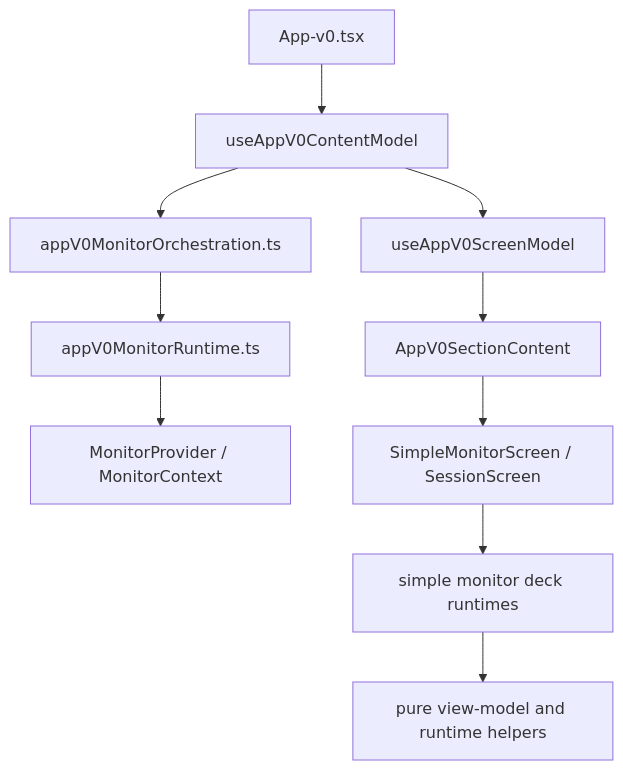
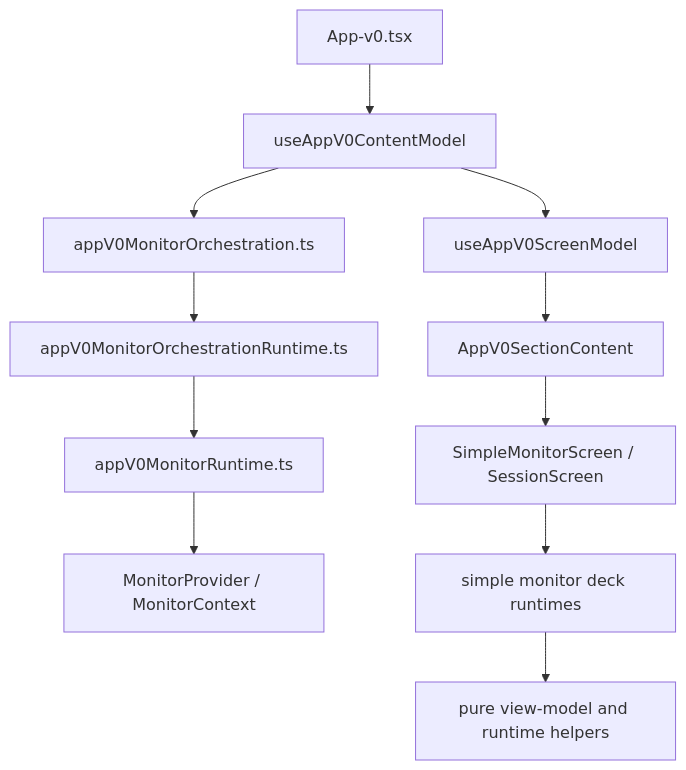
One commit to fabianaguero/maia changed the second of 12 diagrams in docs/frontend-architecture.md. Above: the diagram before and after it, drawn with Mermaid. The commit also changed other lines of this file and 33 other files, not shown here.

Commit message:
refactor(desktop): split monitor setup and launch runtimes

````diff
--- a/docs/frontend-architecture.md
+++ b/docs/frontend-architecture.md
@@ -129,23 +131,25 @@
 ```mermaid
 flowchart TD
   Shell[App-v0.tsx]
   ContentModel[useAppV0ContentModel]
   ScreenModel[useAppV0ScreenModel]
   SectionContent[AppV0SectionContent]
   MonitorOrchestrator[appV0MonitorOrchestration.ts]
+  MonitorOrchestratorRuntime[appV0MonitorOrchestrationRuntime.ts]
   MonitorLaunchRuntime[appV0MonitorRuntime.ts]
   MonitorProvider[MonitorProvider / MonitorContext]
   MonitorScreens[SimpleMonitorScreen / SessionScreen]
   DeckRuntimes[simple monitor deck runtimes]
   ViewModels[pure view-model and runtime helpers]
 
   Shell --> ContentModel
   ContentModel --> ScreenModel
   ScreenModel --> SectionContent
   ContentModel --> MonitorOrchestrator
-  MonitorOrchestrator --> MonitorLaunchRuntime
+  MonitorOrchestrator --> MonitorOrchestratorRuntime
+  MonitorOrchestratorRuntime --> MonitorLaunchRuntime
   MonitorLaunchRuntime --> MonitorProvider
   SectionContent --> MonitorScreens
   MonitorScreens --> DeckRuntimes
   DeckRuntimes --> ViewModels
 ```
````
